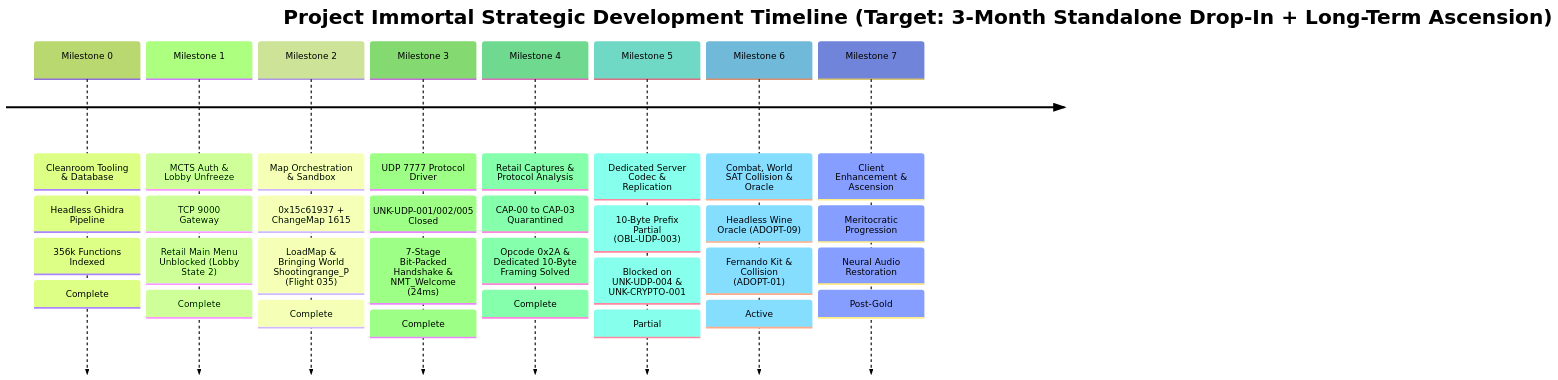
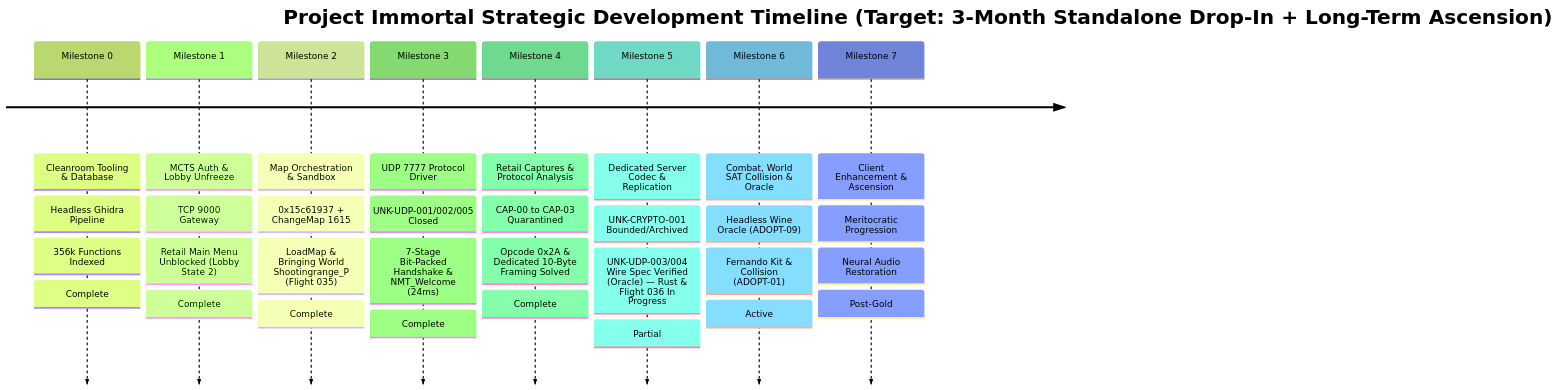
The second of 2 diagrams in docs/specs/ROADMAP.md (project-immortal/immortal), drawn with Mermaid (forest theme) before and after one commit. The commit also changed other lines of this file and 12 other files, not shown here.

Commit message:
docs(spec): publish UActorChannel wire spec and realign PSL-INV-012 truth

````diff
--- a/docs/specs/ROADMAP.md
+++ b/docs/specs/ROADMAP.md
@@ -68,12 +68,12 @@
 ```mermaid
 timeline
     title Project Immortal Strategic Development Timeline (Target: 3-Month Standalone Drop-In + Long-Term Ascension)
     Milestone 0 : Cleanroom Tooling & Database : Headless Ghidra Pipeline : 356k Functions Indexed : Complete
     Milestone 1 : MCTS Auth & Lobby Unfreeze : TCP 9000 Gateway : Retail Main Menu Unblocked (Lobby State 2) : Complete
     Milestone 2 : Map Orchestration & Sandbox : 0x15c61937 + ChangeMap 1615 : LoadMap & Bringing World Shootingrange_P (Flight 035) : Complete
     Milestone 3 : UDP 7777 Protocol Driver : UNK-UDP-001/002/005 Closed : 7-Stage Bit-Packed Handshake & NMT_Welcome (24ms) : Complete
     Milestone 4 : Retail Captures & Protocol Analysis : CAP-00 to CAP-03 Quarantined : Opcode 0x2A & Dedicated 10-Byte Framing Solved : Complete
-    Milestone 5 : Dedicated Server Codec & Replication : 10-Byte Prefix Partial (OBL-UDP-003) : Blocked on UNK-UDP-004 & UNK-CRYPTO-001 : Partial
+    Milestone 5 : Dedicated Server Codec & Replication : UNK-CRYPTO-001 Bounded/Archived : UNK-UDP-003/004 Wire Spec Verified (Oracle) — Rust & Flight 036 In Progress : Partial
     Milestone 6 : Combat, World SAT Collision & Oracle : Headless Wine Oracle (ADOPT-09) : Fernando Kit & Collision (ADOPT-01) : Active
     Milestone 7 : Client Enhancement & Ascension : Meritocratic Progression : Neural Audio Restoration : Post-Gold
 ```
````
